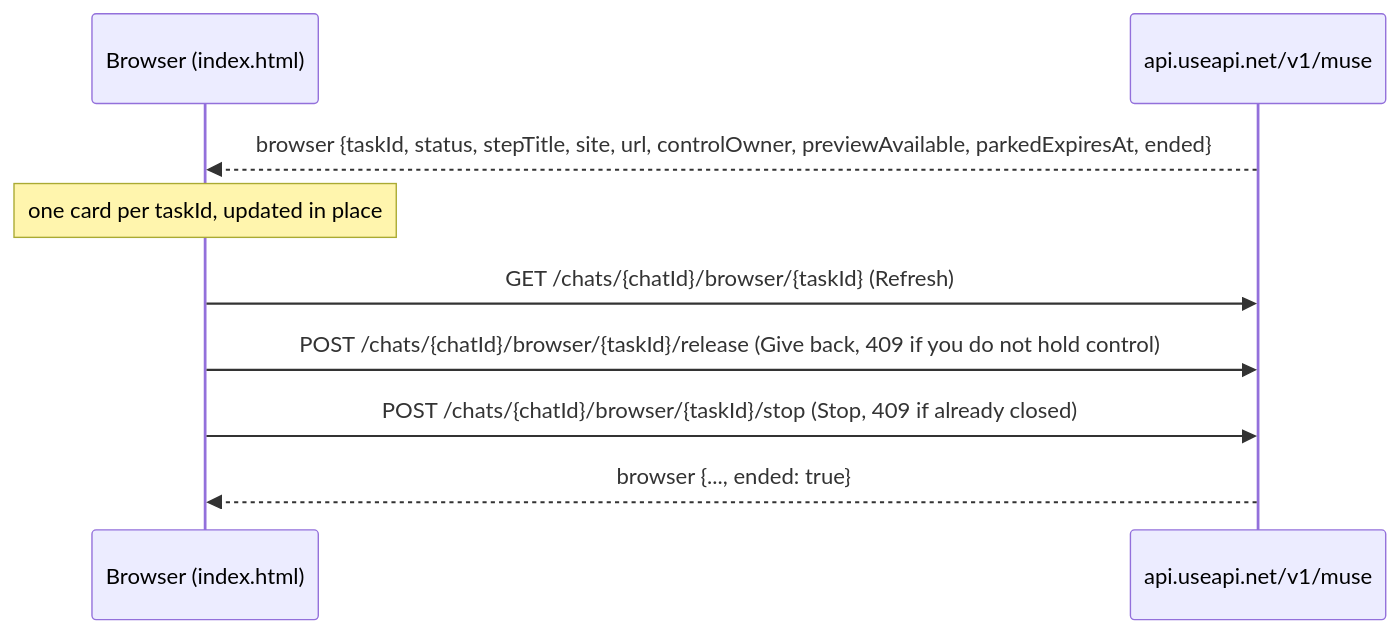
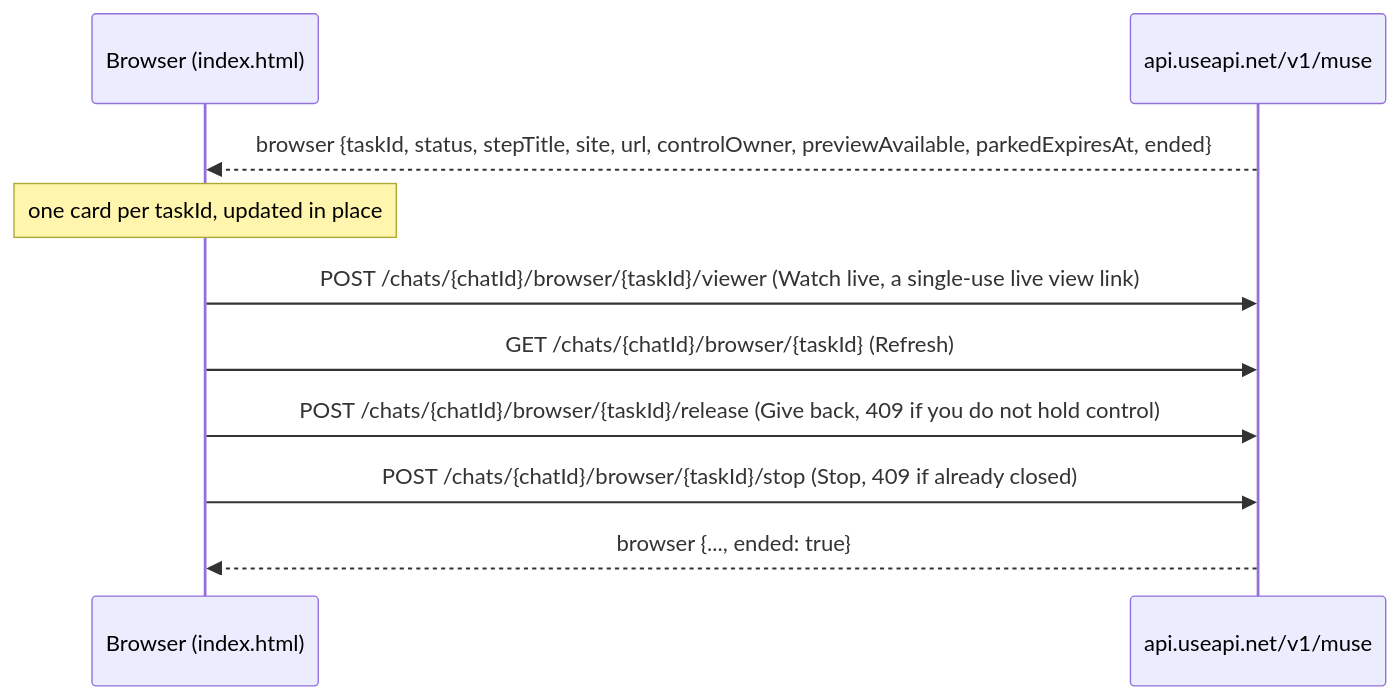
The fourth of 4 diagrams in demo/README.md (useapi/muse-api), drawn with Mermaid before and after one commit. The commit also changed other lines of this file and 17 other files, not shown here.

````diff
--- a/demo/README.md
+++ b/demo/README.md
@@ -146,11 +147,12 @@
 ```mermaid
 sequenceDiagram
     participant UI as Browser (index.html)
     participant API as api.useapi.net/v1/muse
     API-->>UI: browser {taskId, status, stepTitle, site, url, controlOwner, previewAvailable, parkedExpiresAt, ended}
     Note over UI: one card per taskId, updated in place
+    UI->>API: POST /chats/{chatId}/browser/{taskId}/viewer (Watch live, a single-use live view link)
     UI->>API: GET /chats/{chatId}/browser/{taskId} (Refresh)
     UI->>API: POST /chats/{chatId}/browser/{taskId}/release (Give back, 409 if you do not hold control)
     UI->>API: POST /chats/{chatId}/browser/{taskId}/stop (Stop, 409 if already closed)
     API-->>UI: browser {..., ended: true}
 ```
````
